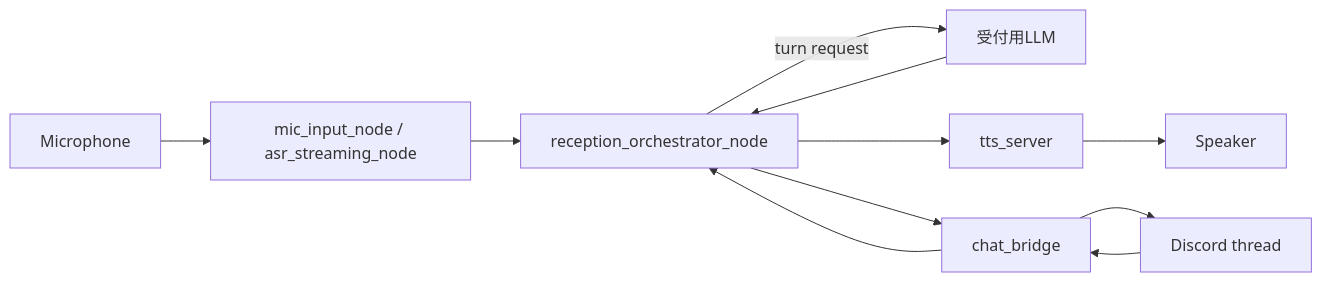
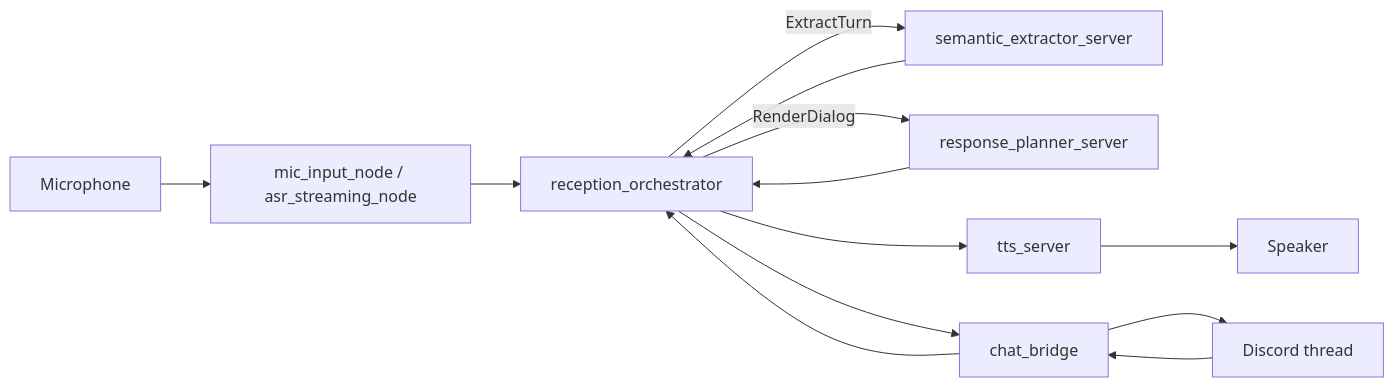
One commit to arugo11/ros2-reception-orchestrator changed the first of 2 diagrams in docs/reception_ai_spec.md. Above: the diagram before and after it, drawn with Mermaid. The commit also changed other lines of this file and 18 other files, not shown here.

Commit message:
Stabilize receptionist dialogue flow

````diff
--- a/docs/reception_ai_spec.md
+++ b/docs/reception_ai_spec.md
@@ -93,13 +98,15 @@
 ```mermaid
 flowchart LR
     MIC[Microphone] --> ASR[mic_input_node / asr_streaming_node]
-    ASR --> ORCH[reception_orchestrator_node]
-    ORCH -->|turn request| A[受付用LLM]
-    A --> ORCH
+    ASR --> ORCH[reception_orchestrator]
+    ORCH -->|ExtractTurn| EXTRACT[semantic_extractor_server]
+    EXTRACT --> ORCH
+    ORCH -->|RenderDialog| RENDER[response_planner_server]
+    RENDER --> ORCH
     ORCH --> TTS[tts_server]
     ORCH --> CHAT[chat_bridge]
     CHAT --> DISCORD[Discord thread]
     DISCORD --> CHAT
     CHAT --> ORCH
     TTS --> SPK[Speaker]
 ```
````
